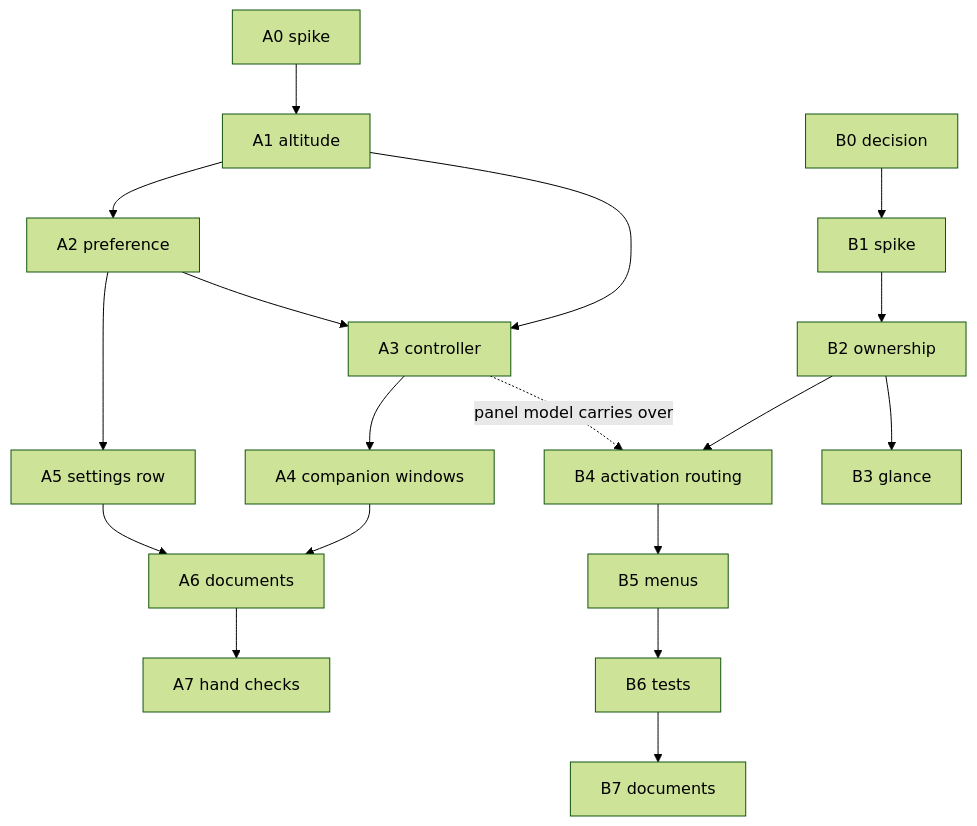
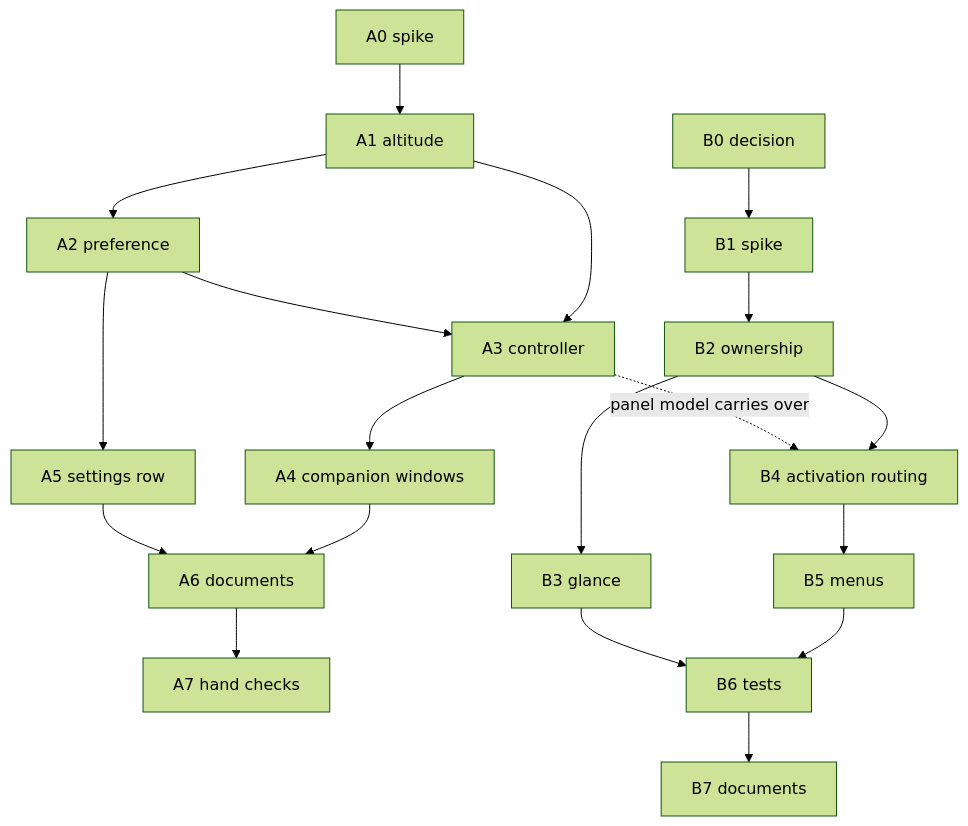
The diagram in docs/plans/window-roles.md (onetimesecret/macos), drawn with Mermaid (forest theme) before and after one commit. The commit also changed other lines of this file, not shown here.

````diff
--- a/docs/plans/window-roles.md
+++ b/docs/plans/window-roles.md
@@ -82,9 +84,9 @@
 ```mermaid
 flowchart TD
     A0[A0 spike] --> A1[A1 altitude] --> A3[A3 controller] --> A4[A4 companion windows] --> A6[A6 documents] --> A7[A7 hand checks]
     A1 --> A2[A2 preference] --> A5[A5 settings row] --> A6
     A2 --> A3
     B0[B0 decision] --> B1[B1 spike] --> B2[B2 ownership] --> B4[B4 activation routing] --> B5[B5 menus] --> B6[B6 tests] --> B7[B7 documents]
-    B2 --> B3[B3 glance]
+    B2 --> B3[B3 glance] --> B6
     A3 -.panel model carries over.-> B4
 ```
````
